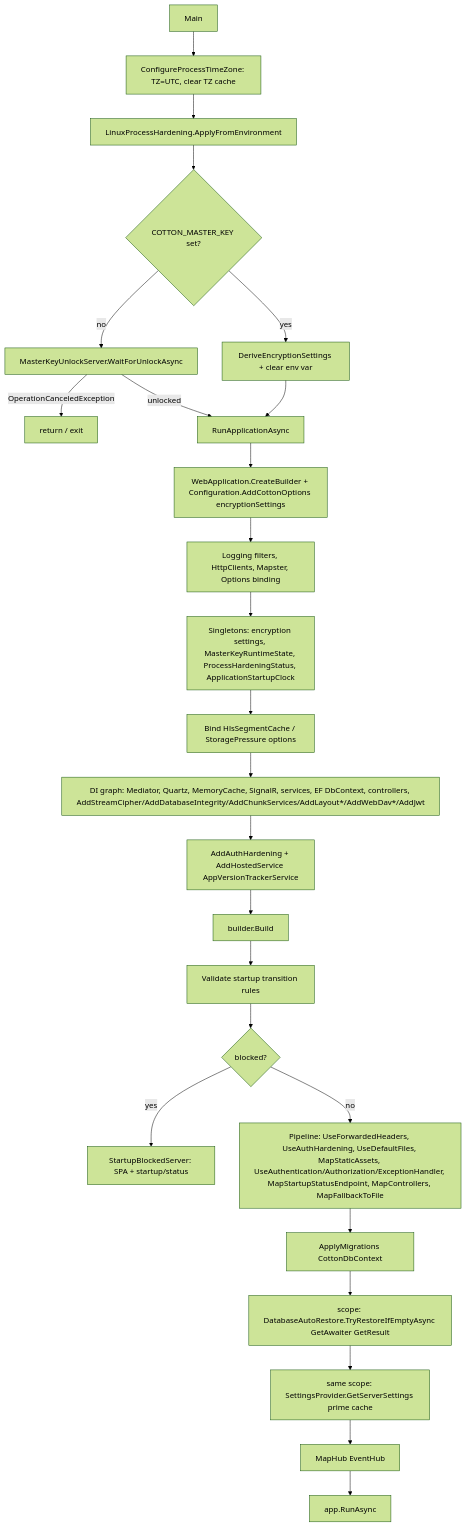
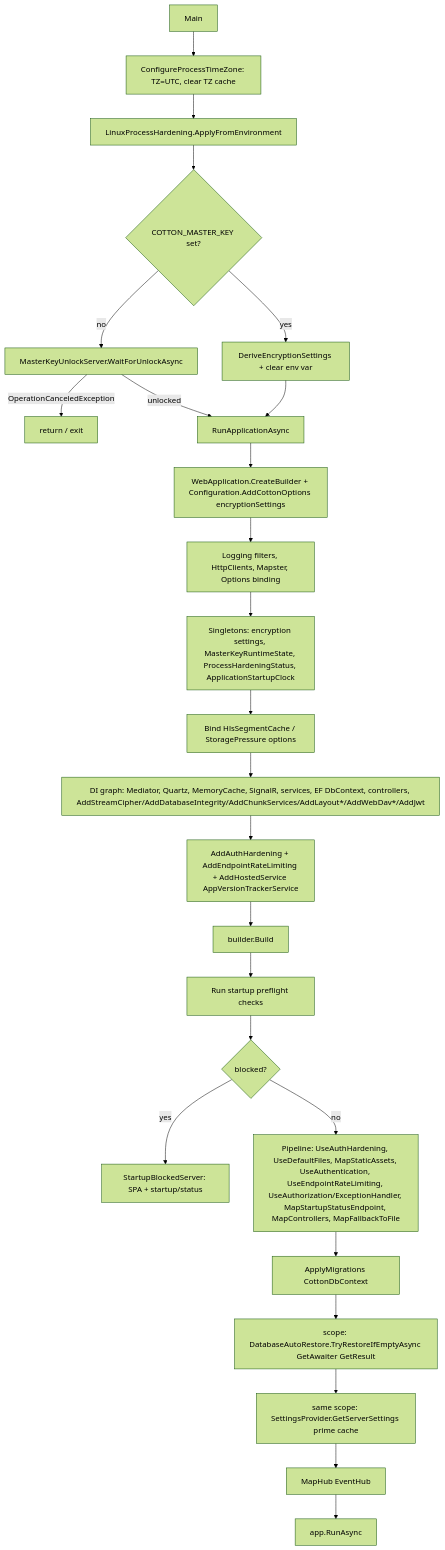
The diagram in docs/technical/25-configuration-startup.md (bvdcode/cotton), drawn with Mermaid (forest theme) before and after one commit. The commit also changed other lines of this file and 9 other files, not shown here.

````diff
--- a/docs/technical/25-configuration-startup.md
+++ b/docs/technical/25-configuration-startup.md
@@ -258,27 +258,27 @@
 ```mermaid
 flowchart TD
     A[Main] --> B[ConfigureProcessTimeZone: TZ=UTC, clear TZ cache]
     B --> C[LinuxProcessHardening.ApplyFromEnvironment]
     C --> D{COTTON_MASTER_KEY set?}
     D -- yes --> E[DeriveEncryptionSettings + clear env var]
     D -- no --> F[MasterKeyUnlockServer.WaitForUnlockAsync]
     F -- OperationCanceledException --> Z[return / exit]
     E --> G[RunApplicationAsync]
     F -- unlocked --> G
     G --> H[WebApplication.CreateBuilder + Configuration.AddCottonOptions encryptionSettings]
     H --> I[Logging filters, HttpClients, Mapster, Options binding]
     I --> J[Singletons: encryption settings, MasterKeyRuntimeState, ProcessHardeningStatus, ApplicationStartupClock]
     J --> K[Bind HlsSegmentCache / StoragePressure options]
     K --> L[DI graph: Mediator, Quartz, MemoryCache, SignalR, services, EF DbContext, controllers, AddStreamCipher/AddDatabaseIntegrity/AddChunkServices/AddLayout*/AddWebDav*/AddJwt]
-    L --> M[AddAuthHardening + AddHostedService AppVersionTrackerService]
+    L --> M[AddAuthHardening + AddEndpointRateLimiting + AddHostedService AppVersionTrackerService]
     M --> N[builder.Build]
-    N --> O[Validate startup transition rules]
+    N --> O[Run startup preflight checks]
     O --> P{blocked?}
     P -- yes --> Q[StartupBlockedServer: SPA + startup/status]
-    P -- no --> R[Pipeline: UseForwardedHeaders, UseAuthHardening, UseDefaultFiles, MapStaticAssets, UseAuthentication/Authorization/ExceptionHandler, MapStartupStatusEndpoint, MapControllers, MapFallbackToFile]
+    P -- no --> R[Pipeline: UseAuthHardening, UseDefaultFiles, MapStaticAssets, UseAuthentication, UseEndpointRateLimiting, UseAuthorization/ExceptionHandler, MapStartupStatusEndpoint, MapControllers, MapFallbackToFile]
     R --> S[ApplyMigrations CottonDbContext]
     S --> T[scope: DatabaseAutoRestore.TryRestoreIfEmptyAsync GetAwaiter GetResult]
     T --> U[same scope: SettingsProvider.GetServerSettings prime cache]
     U --> V[MapHub EventHub]
     V --> W[app.RunAsync]
 ```
````
